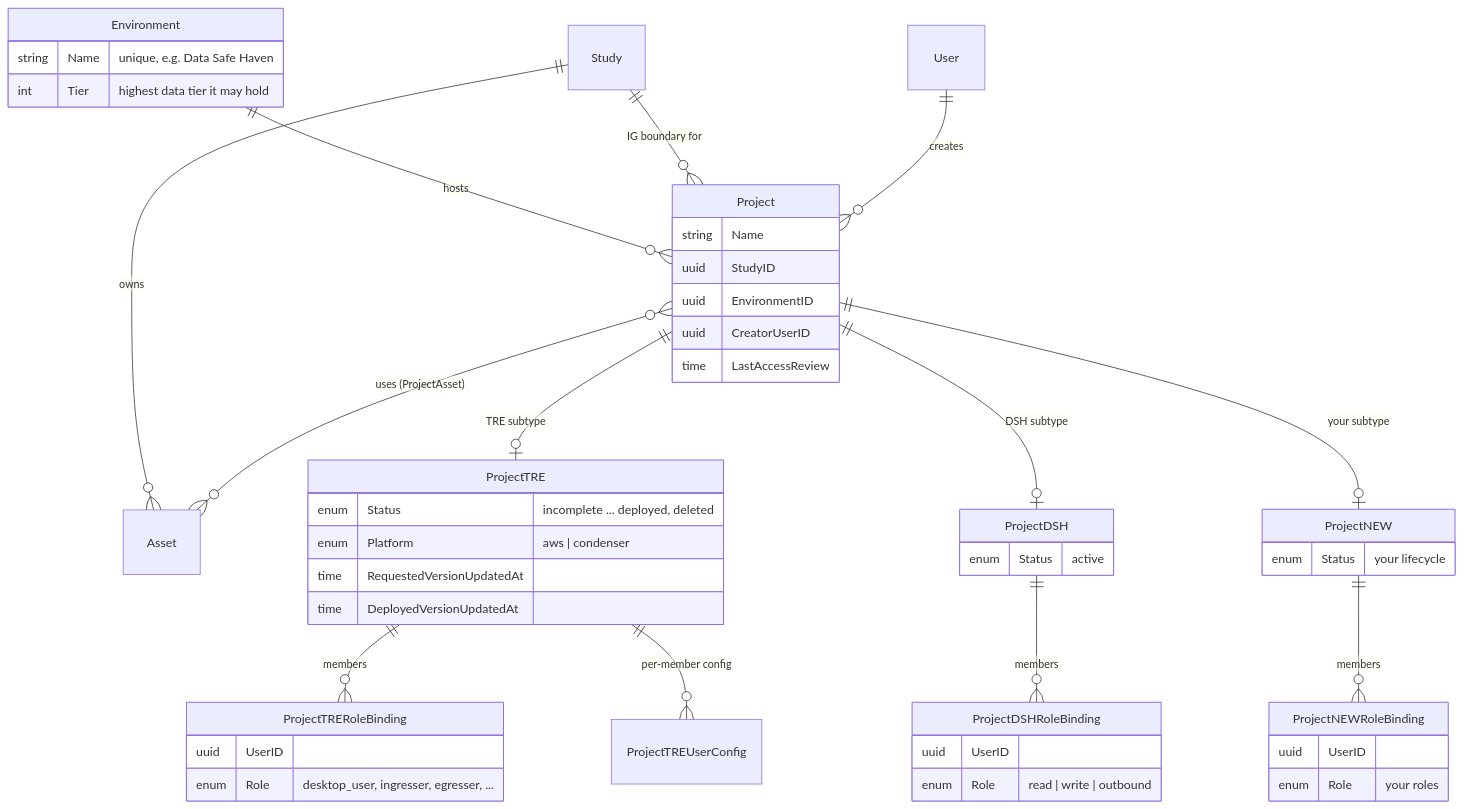
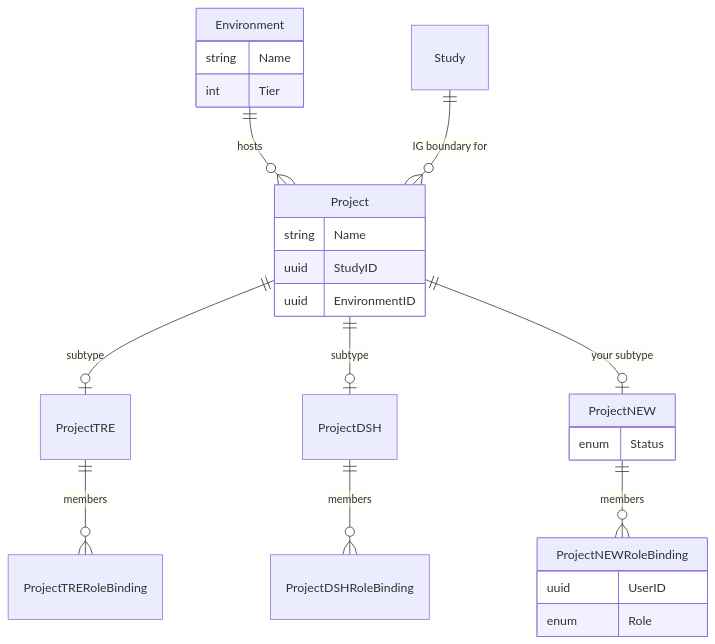
One commit to ucl-arc-tre/portal changed the diagram in docs/Service-Onboarding.md. Above: the diagram before and after it, drawn with Mermaid. The commit also changed other lines of this file and 17 other files, not shown here.

````diff
--- a/docs/Service-Onboarding.md
+++ b/docs/Service-Onboarding.md
@@ -159,54 +111,28 @@
 ```mermaid
 erDiagram
-    Environment ||--o{ Project : "hosts"
+    Environment ||--o{ Project : hosts
     Study ||--o{ Project : "IG boundary for"
-    Study ||--o{ Asset : "owns"
-    Project }o--o{ Asset : "uses (ProjectAsset)"
-    User ||--o{ Project : "creates"
-
-    Project ||--o| ProjectTRE : "TRE subtype"
-    ProjectTRE ||--o{ ProjectTRERoleBinding : "members"
-    ProjectTRE ||--o{ ProjectTREUserConfig : "per-member config"
-
-    Project ||--o| ProjectDSH : "DSH subtype"
-    ProjectDSH ||--o{ ProjectDSHRoleBinding : "members"
-
+    Project ||--o| ProjectTRE : subtype
+    ProjectTRE ||--o{ ProjectTRERoleBinding : members
+    Project ||--o| ProjectDSH : subtype
+    ProjectDSH ||--o{ ProjectDSHRoleBinding : members
     Project ||--o| ProjectNEW : "your subtype"
-    ProjectNEW ||--o{ ProjectNEWRoleBinding : "members"
+    ProjectNEW ||--o{ ProjectNEWRoleBinding : members
 
     Environment {
-        string Name "unique, e.g. Data Safe Haven"
-        int Tier "highest data tier it may hold"
+        string Name
+        int Tier
     }
     Project {
         string Name
         uuid StudyID
         uuid EnvironmentID
-        uuid CreatorUserID
-        time LastAccessReview
-    }
-    ProjectTRE {
-        enum Status "incomplete ... deployed, deleted"
-        enum Platform "aws | condenser"
-        time RequestedVersionUpdatedAt
-        time DeployedVersionUpdatedAt
-    }
-    ProjectTRERoleBinding {
-        uuid UserID
-        enum Role "desktop_user, ingresser, egresser, ..."
-    }
-    ProjectDSH {
-        enum Status "active"
-    }
-    ProjectDSHRoleBinding {
-        uuid UserID
-        enum Role "read | write | outbound"
     }
     ProjectNEW {
-        enum Status "your lifecycle"
+        enum Status
     }
     ProjectNEWRoleBinding {
         uuid UserID
-        enum Role "your roles"
+        enum Role
     }
 ```
````
